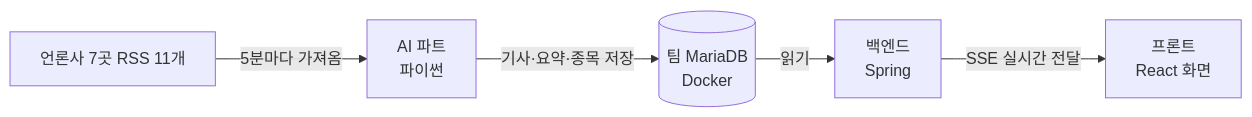
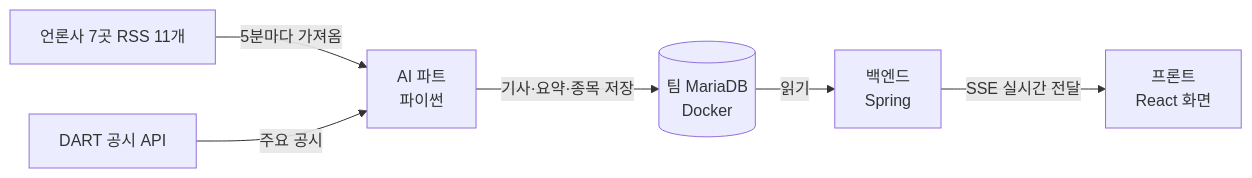
Before and after one commit to hk-finance-team2/stock-news-matching: the first of 2 diagrams in ai/docs/학습/00_전체그림.md, drawn with Mermaid. The commit also changed 10 other files, not shown here.

````diff
--- a/ai/docs/학습/00_전체그림.md
+++ b/ai/docs/학습/00_전체그림.md
@@ -9,7 +9,8 @@
 ```mermaid
 flowchart LR
     RSS[언론사 7곳 RSS 11개] -->|5분마다 가져옴| AI[AI 파트<br/>파이썬]
+    DART[DART 공시 API] -->|주요 공시| AI
     AI -->|기사·요약·종목 저장| DB[(팀 MariaDB<br/>Docker)]
     DB -->|읽기| BE[백엔드<br/>Spring]
     BE -->|SSE 실시간 전달| FE[프론트<br/>React 화면]
 ```
````
